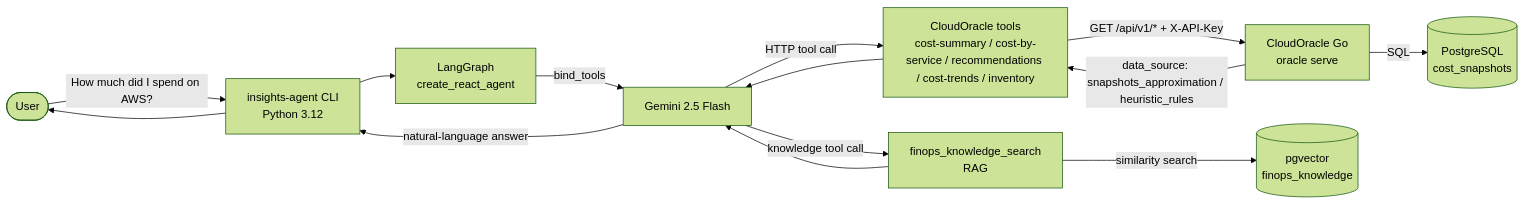
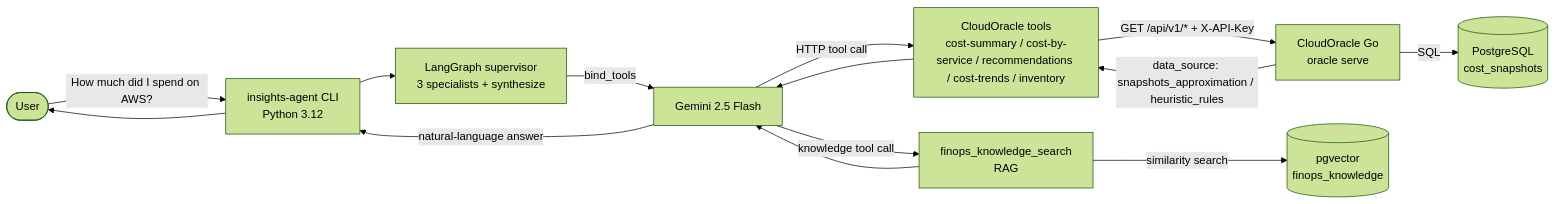
One commit to Cro22/CloudOracle changed the diagram in README.md. Above: the diagram before and after it, drawn with Mermaid (forest theme). The commit also changed other lines of this file and 5 other files, not shown here.

First line of the commit message:
feat(insights-agent): hand-rolled supervisor multi-agent graph (milestone 8.4)

````diff
--- a/README.md
+++ b/README.md
@@ -18,16 +18,16 @@
 ```mermaid
 flowchart LR
     U([User]) -->|"How much did I spend on AWS?"| CLI[insights-agent CLI<br/>Python 3.12]
-    CLI --> G[LangGraph<br/>create_react_agent]
+    CLI --> G[LangGraph supervisor<br/>3 specialists + synthesize]
     G -->|"bind_tools"| LLM[Gemini 2.5 Flash]
     LLM -->|"HTTP tool call"| T[CloudOracle tools<br/>cost-summary / cost-by-service / recommendations / cost-trends / inventory]
     T -->|"GET /api/v1/* + X-API-Key"| GO[CloudOracle Go<br/>oracle serve]
     GO -->|"SQL"| DB[(PostgreSQL<br/>cost_snapshots)]
     GO -->|"data_source: snapshots_approximation / heuristic_rules"| T
     LLM -->|"knowledge tool call"| R[finops_knowledge_search<br/>RAG]
     R -->|"similarity search"| VDB[(pgvector<br/>finops_knowledge)]
     T --> LLM
     R --> LLM
     LLM -->|"natural-language answer"| CLI
     CLI --> U
 ```
````
